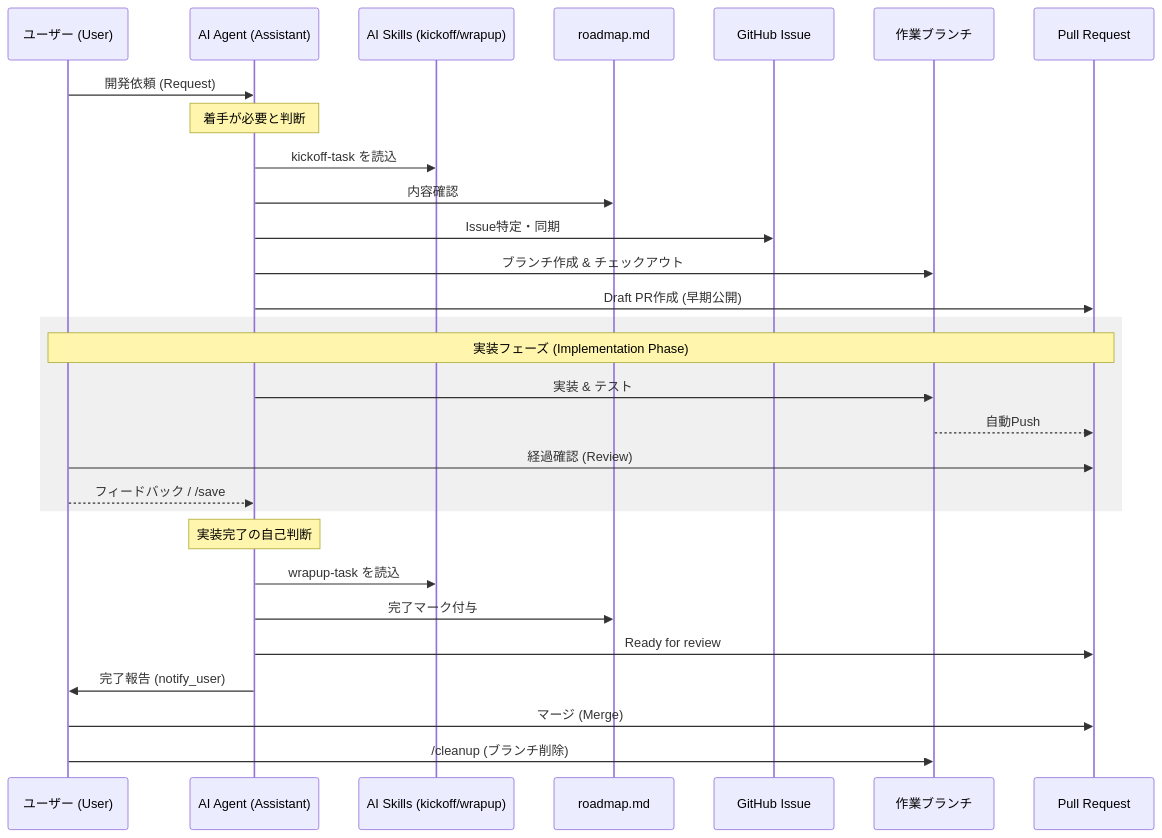
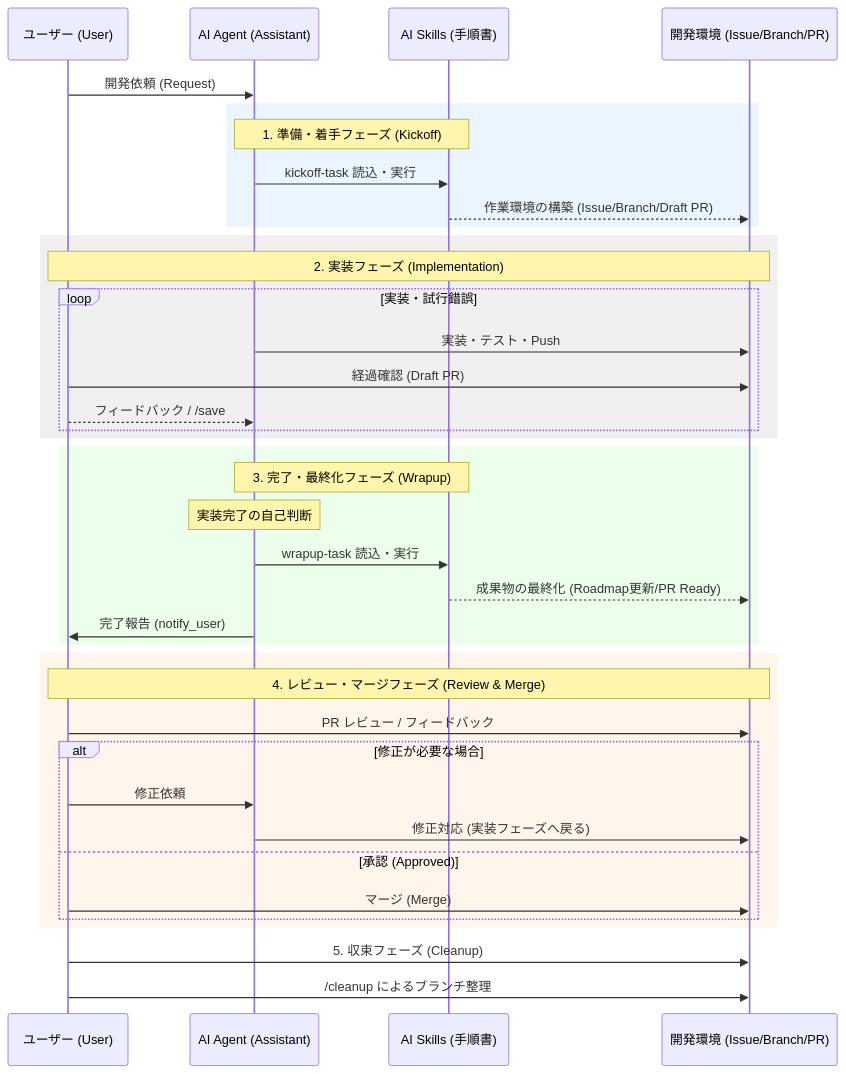
The first of 4 diagrams in docs/workflow/design.md (asabon/antigravity-workflow), drawn with Mermaid before and after one commit. The commit also changed other lines of this file, not shown here.

Commit message:
docs: ワークフロー設計図のさらなるブラッシュアップ（レビュー・マージ工程の追加など）

````diff
--- a/docs/workflow/design.md
+++ b/docs/workflow/design.md
@@ -9,35 +9,46 @@
 ```mermaid
 sequenceDiagram
     participant U as ユーザー (User)
     participant A as AI Agent (Assistant)
-    participant S as AI Skills (kickoff/wrapup)
-    participant R as roadmap.md
-    participant I as GitHub Issue
-    participant B as 作業ブランチ
-    participant P as Pull Request
+    participant S as AI Skills (手順書)
+    participant E as 開発環境 (Issue/Branch/PR)
 
     U->>A: 開発依頼 (Request)
-    Note over A: 着手が必要と判断
-    A->>S: kickoff-task を読込
-    A->>R: 内容確認
-    A->>I: Issue特定・同期
-    A->>B: ブランチ作成 & チェックアウト
-    A->>P: Draft PR作成 (早期公開)
     
+    rect rgb(235, 245, 255)
+        Note over A,S: 1. 準備・着手フェーズ (Kickoff)
+        A->>S: kickoff-task 読込・実行
+        S-->>E: 作業環境の構築 (Issue/Branch/Draft PR)
+    end
+
     rect rgb(240, 240, 240)
-        Note over U,P: 実装フェーズ (Implementation Phase)
-        A->>B: 実装 & テスト
-        B-->>P: 自動Push
-        U->>P: 経過確認 (Review)
-        U-->>A: フィードバック / /save
+        Note over U,E: 2. 実装フェーズ (Implementation)
+        loop 実装・試行錯誤
+            A->>E: 実装・テスト・Push
+            U->>E: 経過確認 (Draft PR)
+            U-->>A: フィードバック / /save
+        end
     end
     
-    Note over A: 実装完了の自己判断
-    A->>S: wrapup-task を読込
-    A->>R: 完了マーク付与
-    A->>P: Ready for review
-    A->>U: 完了報告 (notify_user)
+    rect rgb(235, 255, 235)
+        Note over A,S: 3. 完了・最終化フェーズ (Wrapup)
+        Note over A: 実装完了の自己判断
+        A->>S: wrapup-task 読込・実行
+        S-->>E: 成果物の最終化 (Roadmap更新/PR Ready)
+        A->>U: 完了報告 (notify_user)
+    end
+
+    rect rgb(255, 245, 235)
+        Note over U,E: 4. レビュー・マージフェーズ (Review & Merge)
+        U->>E: PR レビュー / フィードバック
+        alt 修正が必要な場合
+            U->>A: 修正依頼
+            A->>E: 修正対応 (実装フェーズへ戻る)
+        else 承認 (Approved)
+            U->>E: マージ (Merge)
+        end
+    end
     
-    U->>P: マージ (Merge)
-    U->>B: /cleanup (ブランチ削除)
+    U->>E: 5. 収束フェーズ (Cleanup)
+    U->>E: /cleanup によるブランチ整理
 ```
````
